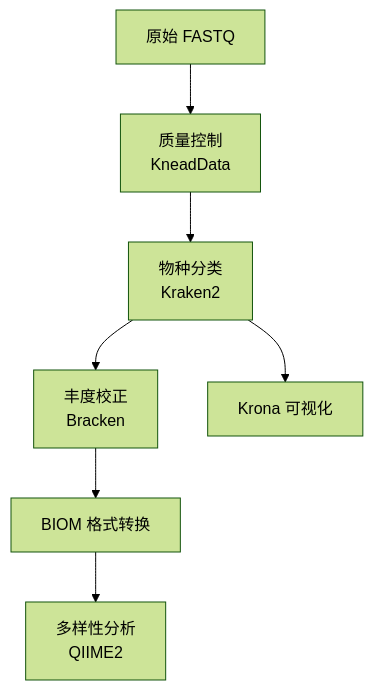
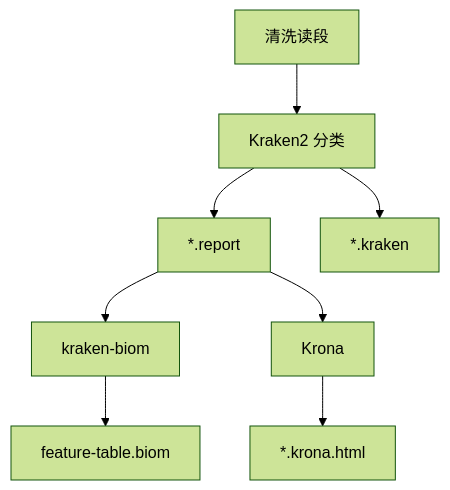
Before and after one commit to LessUp/micos-2024: the diagram in docs/zh/analysis/taxonomic-profiling.md, drawn with Mermaid (forest theme). The commit also changed other lines of this file and 37 other files, not shown here.

````diff
--- a/docs/zh/analysis/taxonomic-profiling.md
+++ b/docs/zh/analysis/taxonomic-profiling.md
@@ -51,9 +19,10 @@
 ```mermaid
 graph TD
-    A[原始 FASTQ] --> B[质量控制<br/>KneadData]
-    B --> C[物种分类<br/>Kraken2]
-    C --> D[丰度校正<br/>Bracken]
-    C --> E[Krona 可视化]
-    D --> F[BIOM 格式转换]
-    F --> G[多样性分析<br/>QIIME2]
+    A[清洗读段] --> B[Kraken2 分类]
+    B --> C[*.report]
+    B --> D[*.kraken]
+    C --> E[kraken-biom]
+    C --> F[Krona]
+    E --> G[feature-table.biom]
+    F --> H[*.krona.html]
 ```
````
